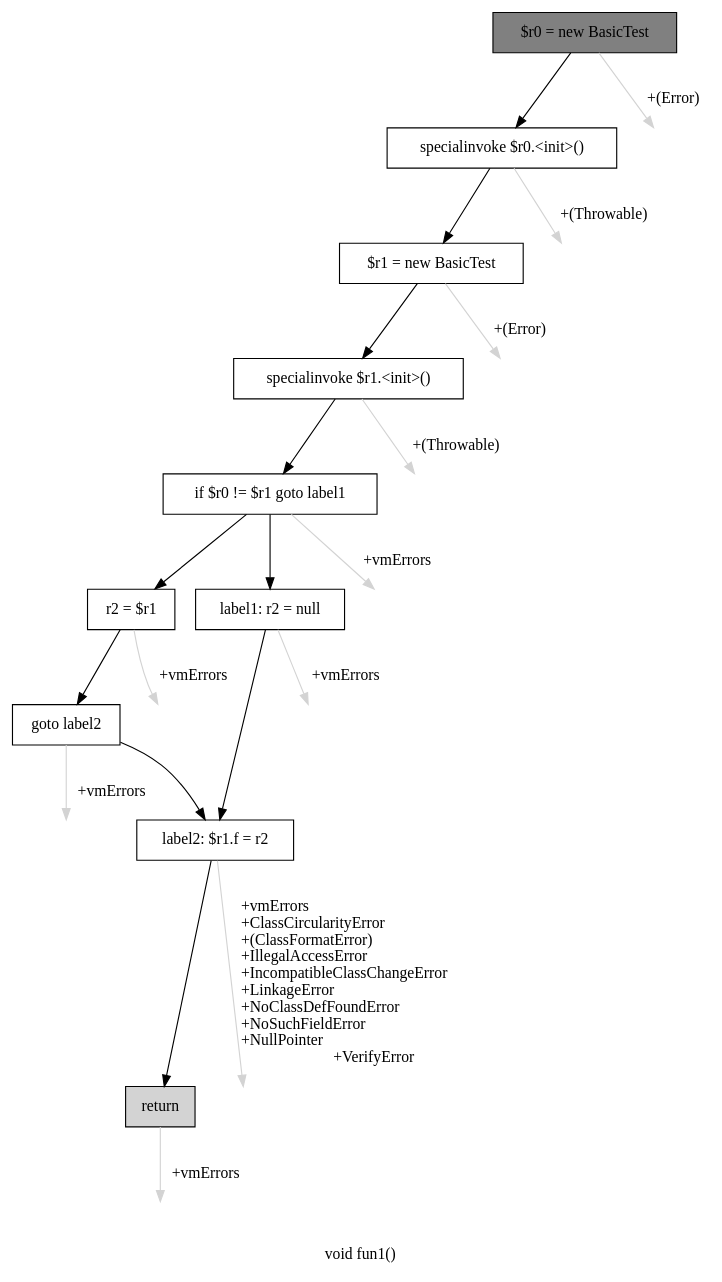
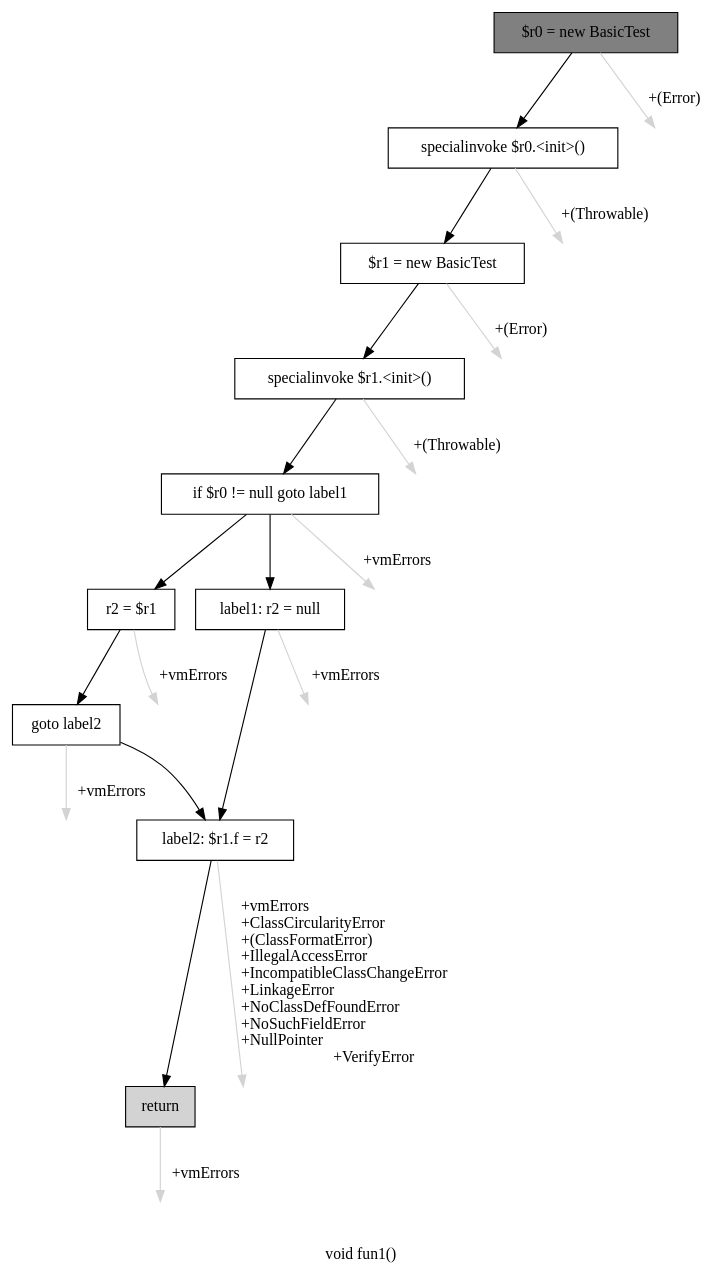
One commit to gourishankerJK/DeReference-Pointer-Analysis changed the diagram in cfg.dot. Above: the diagram before and after it, drawn with Graphviz. The commit also changed 2 other files, not shown here.

```diff
--- a/cfg.dot
+++ b/cfg.dot
@@ -1,44 +1,44 @@
 digraph "void fun1()" {
     label="void fun1()";
     node [shape=box];
     "0" [style=filled,fillcolor=gray,label="$r0 = new BasicTest",];
     "1" [label="specialinvoke $r0.<init>()",];
     "0"->"1" [color=black,];
     "10" [style=invis,label="Esc",];
     "0"->"10" [color=lightgray,label="\l+(Error)",];
     "2" [label="$r1 = new BasicTest",];
     "1"->"2" [color=black,];
     "11" [style=invis,label="Esc",];
     "1"->"11" [color=lightgray,label="\l+(Throwable)",];
     "3" [label="specialinvoke $r1.<init>()",];
     "2"->"3" [color=black,];
     "12" [style=invis,label="Esc",];
     "2"->"12" [color=lightgray,label="\l+(Error)",];
-    "4" [label="if $r0 != $r1 goto label1",];
+    "4" [label="if $r0 != null goto label1",];
     "3"->"4" [color=black,];
     "13" [style=invis,label="Esc",];
     "3"->"13" [color=lightgray,label="\l+(Throwable)",];
     "5" [label="r2 = $r1",];
     "4"->"5" [color=black,];
     "7" [label="label1: r2 = null",];
     "4"->"7" [color=black,];
     "14" [style=invis,label="Esc",];
     "4"->"14" [color=lightgray,label="\l+vmErrors",];
     "6" [label="goto label2",];
     "5"->"6" [color=black,];
     "15" [style=invis,label="Esc",];
     "5"->"15" [color=lightgray,label="\l+vmErrors",];
     "8" [label="label2: $r1.f = r2",];
     "6"->"8" [color=black,];
     "16" [style=invis,label="Esc",];
     "6"->"16" [color=lightgray,label="\l+vmErrors",];
     "7"->"8" [color=black,];
     "17" [style=invis,label="Esc",];
     "7"->"17" [color=lightgray,label="\l+vmErrors",];
     "9" [style=filled,fillcolor=lightgray,label="return",];
     "8"->"9" [color=black,];
     "18" [style=invis,label="Esc",];
     "8"->"18" [color=lightgray,label="\l+vmErrors\l+ClassCircularityError\l+(ClassFormatError)\l+IllegalAccessError\l+IncompatibleClassChangeError\l+LinkageError\l+NoClassDefFoundError\l+NoSuchFieldError\l+NullPointer\l+VerifyError",];
     "19" [style=invis,label="Esc",];
     "9"->"19" [color=lightgray,label="\l+vmErrors",];
 }
```
